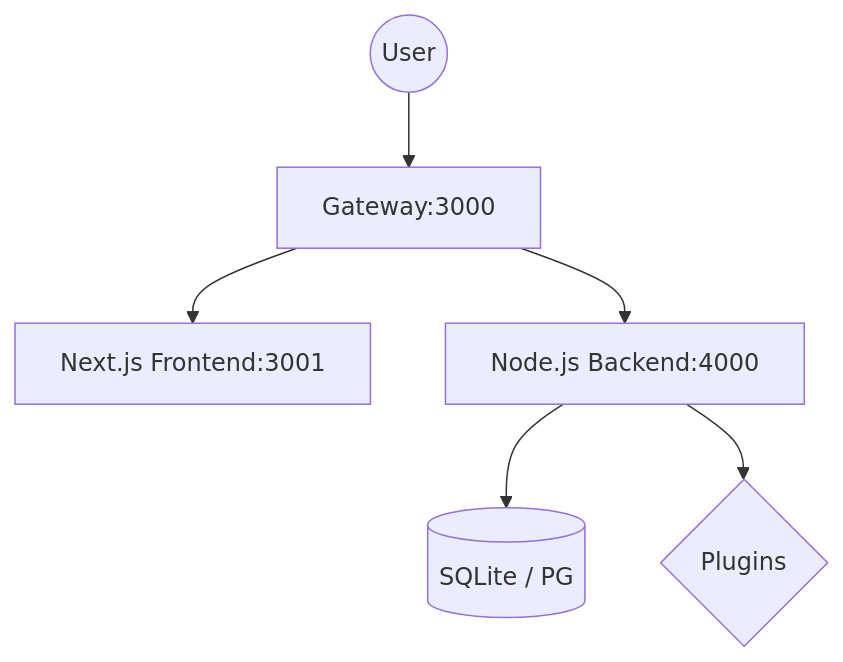
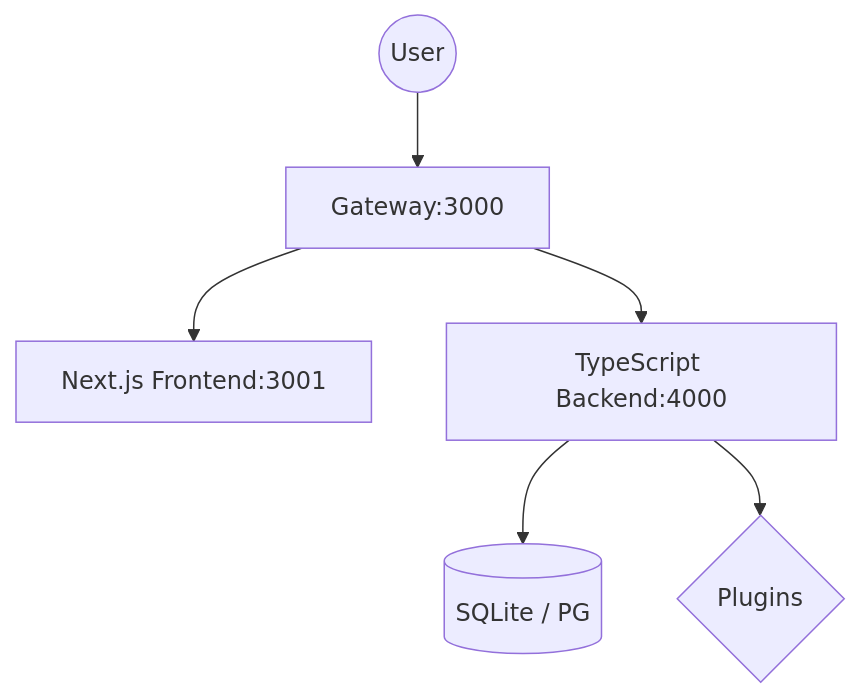
Before and after one commit to jaimemartinez/wordjs: the diagram in README.md, drawn with Mermaid. The commit also changed other lines of this file and 10 other files, not shown here.

First line of the commit message:
docs: update for TypeScript backend, security hardening, gateway mTLS

````diff
--- a/README.md
+++ b/README.md
@@ -41,8 +41,8 @@
 ```mermaid
 graph TD
     User((User)) --> Gateway[Gateway:3000]
     Gateway --> Frontend[Next.js Frontend:3001]
-    Gateway --> Backend[Node.js Backend:4000]
+    Gateway --> Backend[TypeScript Backend:4000]
     Backend --> DB[(SQLite / PG)]
     Backend --> Plugins{Plugins}
 ```
````
